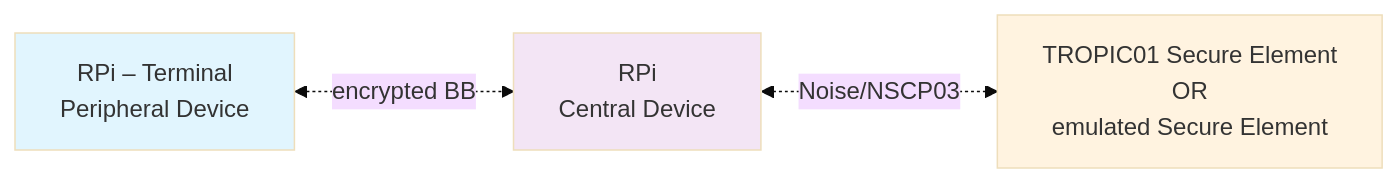
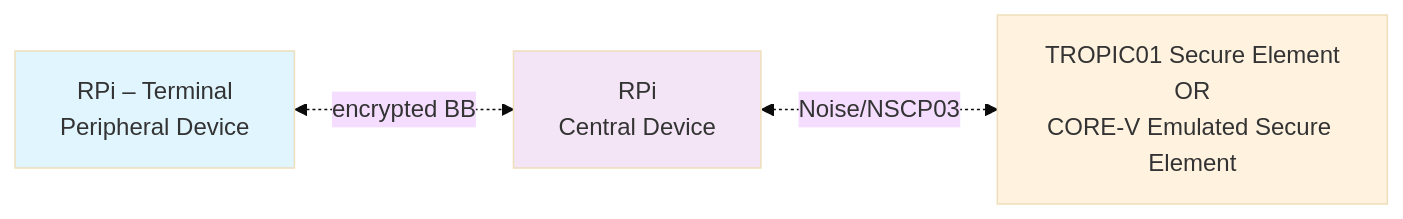
The diagram in README.md (tropicsquare/orshin-demo), drawn with Mermaid (base theme) before and after one commit. The commit also changed other lines of this file and 34 other files, not shown here.

````diff
--- a/README.md
+++ b/README.md
@@ -12,10 +12,10 @@
 ```mermaid
 flowchart LR
     A[RPi – Terminal<br/>Peripheral Device]
     A <-.->|encrypted BB| B[RPi<br/>Central Device]
-    B <-.->|Noise/NSCP03| C[TROPIC01 Secure Element<br/>OR<br/>emulated Secure Element]
+    B <-.->|Noise/NSCP03| C[TROPIC01 Secure Element<br/>OR<br/>CORE-V Emulated Secure Element]
 
     style A fill:#e1f5fe
     style B fill:#f3e5f5
     style C fill:#fff3e0
 ```
````
